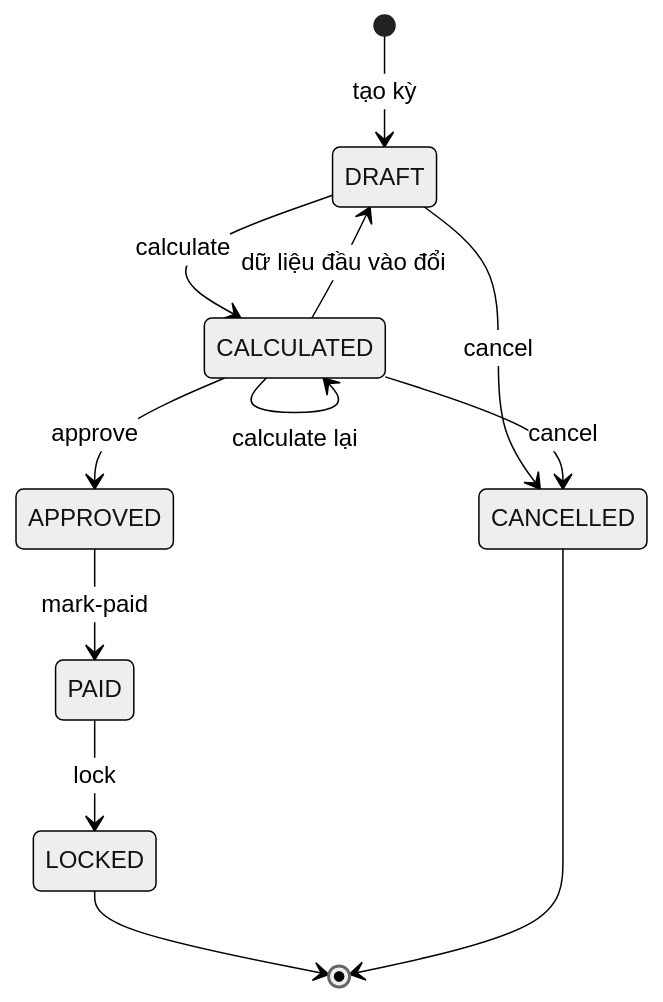
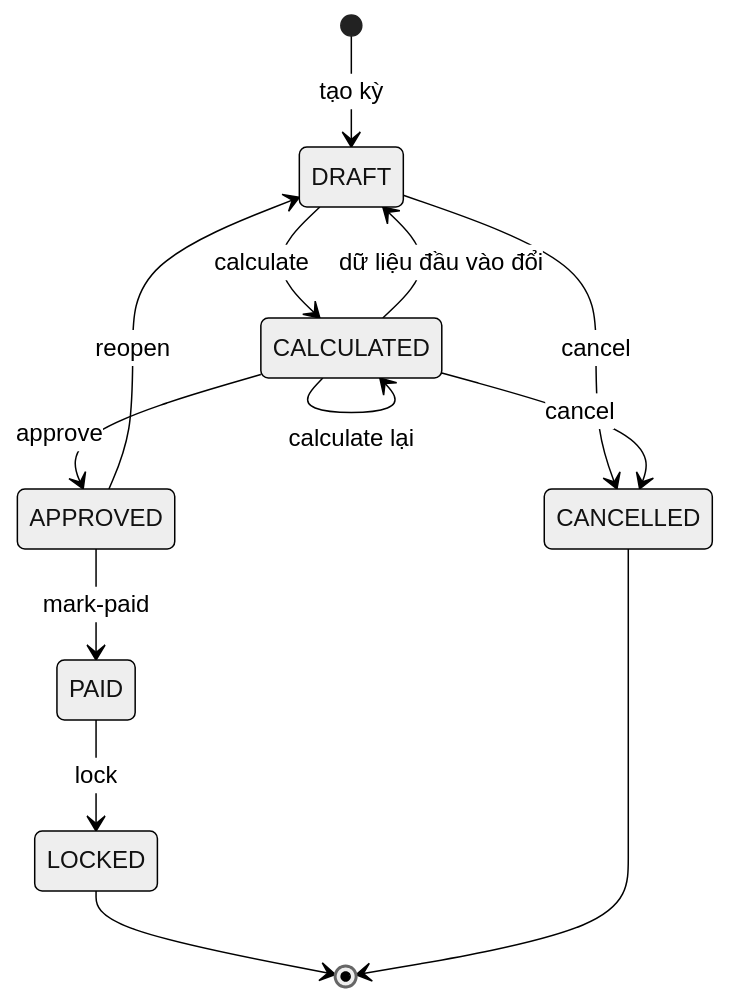
Before and after one commit to NguyenAlpha/HRM-system: the diagram in api/docs/concepts/PAYROLL_LIFECYCLE.md, drawn with Mermaid (neutral theme). The commit also changed other lines of this file and 11 other files, not shown here.

First line of the commit message:
feat(api): an approved payroll period not yet paid can be reopened to draft, with a reason

````diff
--- a/api/docs/concepts/PAYROLL_LIFECYCLE.md
+++ b/api/docs/concepts/PAYROLL_LIFECYCLE.md
@@ -9,14 +9,15 @@
 ```mermaid
 stateDiagram-v2
   [*] --> DRAFT: tạo kỳ
   DRAFT --> CALCULATED: calculate
   CALCULATED --> CALCULATED: calculate lại
   CALCULATED --> DRAFT: dữ liệu đầu vào đổi
   CALCULATED --> APPROVED: approve
   APPROVED --> PAID: mark-paid
+  APPROVED --> DRAFT: reopen
   PAID --> LOCKED: lock
   DRAFT --> CANCELLED: cancel
   CALCULATED --> CANCELLED: cancel
   LOCKED --> [*]
   CANCELLED --> [*]
 ```
````
